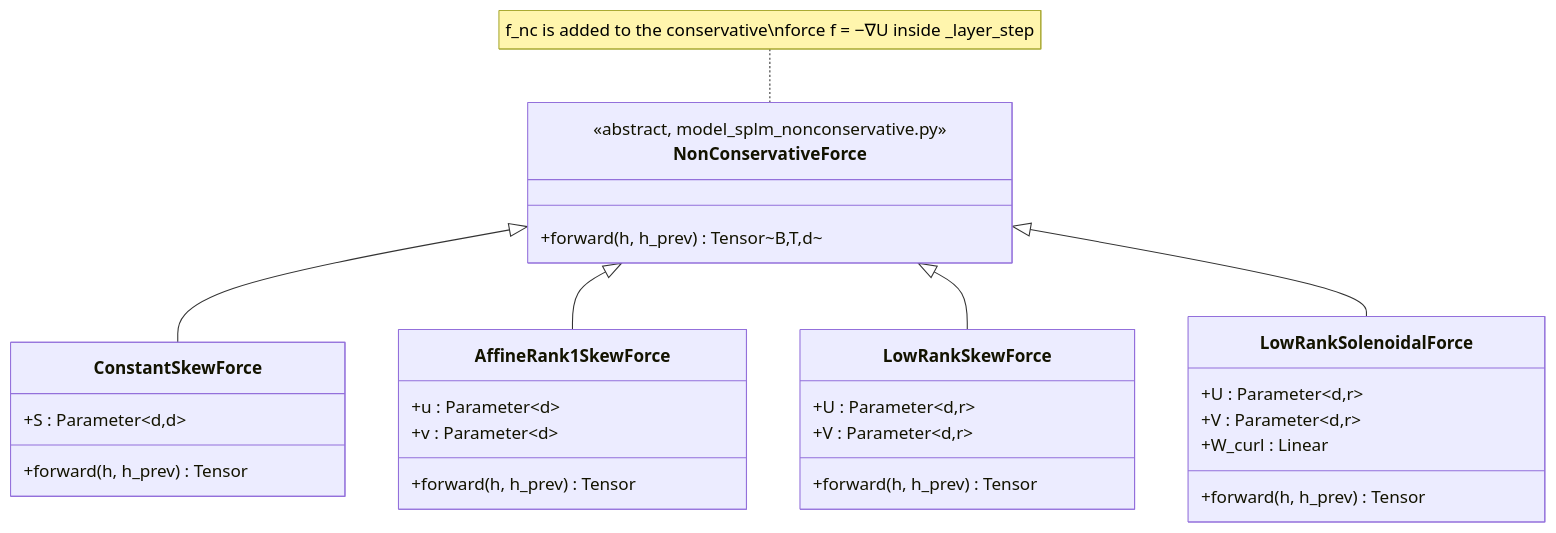
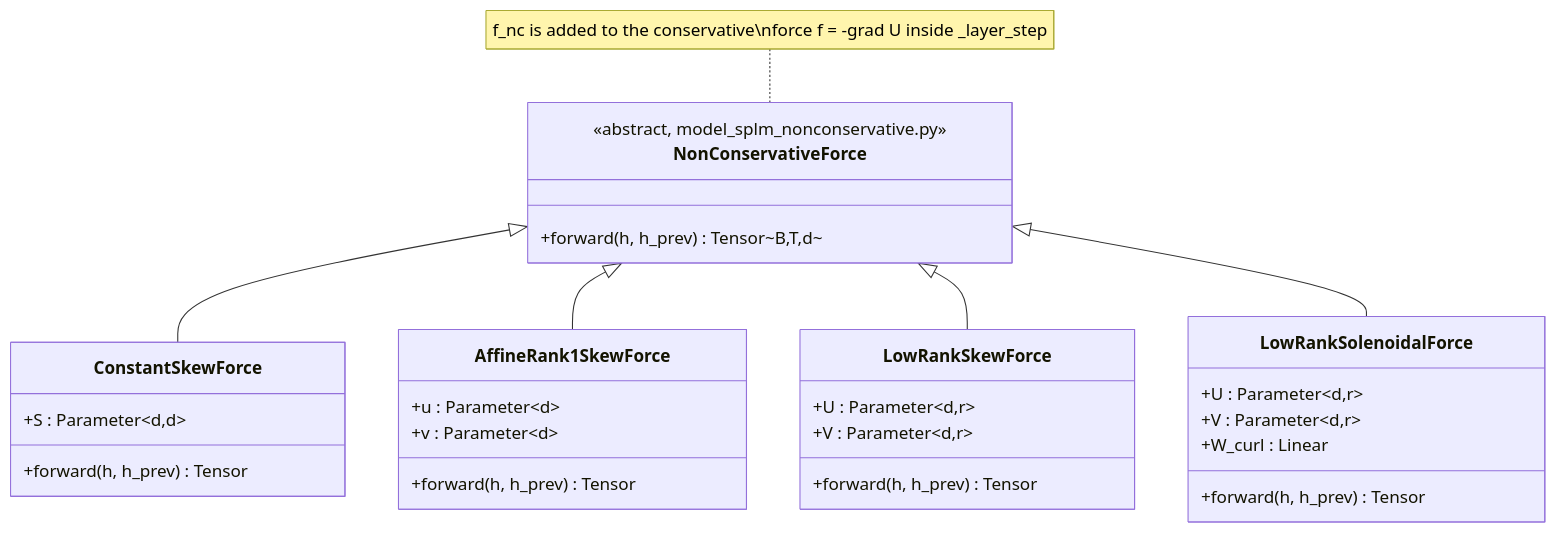
Diagram 12 of 17 in SOFTWARE_ARCHITECTURE.md (dimitarpg13/semsimula-paper), drawn with Mermaid before and after one commit. The commit also changed other lines of this file, not shown here.

Commit message:
add software class diagrams markdown

````diff
--- a/SOFTWARE_ARCHITECTURE.md
+++ b/SOFTWARE_ARCHITECTURE.md
@@ -825,40 +872,40 @@
 ```mermaid
 classDiagram
     direction TB
 
     class NonConservativeForce {
         <<abstract, model_splm_nonconservative.py>>
         +forward(h, h_prev) Tensor~B,T,d~
     }
 
     class ConstantSkewForce {
         +S : Parameter~d,d~
         +forward(h, h_prev) Tensor
     }
 
     class AffineRank1SkewForce {
         +u : Parameter~d~
         +v : Parameter~d~
         +forward(h, h_prev) Tensor
     }
 
     class LowRankSkewForce {
         +U : Parameter~d,r~
         +V : Parameter~d,r~
         +forward(h, h_prev) Tensor
     }
 
     class LowRankSolenoidalForce {
         +U : Parameter~d,r~
         +V : Parameter~d,r~
         +W_curl : Linear
         +forward(h, h_prev) Tensor
     }
 
     NonConservativeForce <|-- ConstantSkewForce
     NonConservativeForce <|-- AffineRank1SkewForce
     NonConservativeForce <|-- LowRankSkewForce
     NonConservativeForce <|-- LowRankSolenoidalForce
 
-    note for NonConservativeForce "f_nc is added to the conservative\nforce f = −∇U inside _layer_step"
+    note for NonConservativeForce "f_nc is added to the conservative\nforce f = -grad U inside _layer_step"
 ```
````
